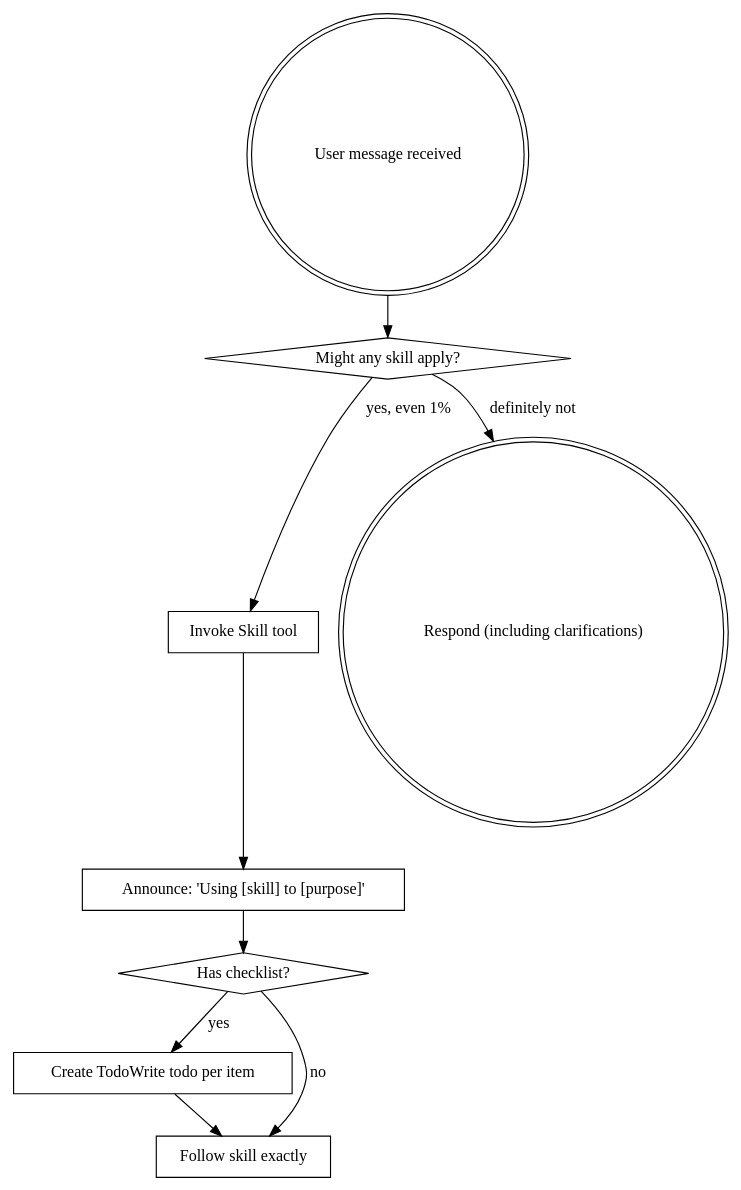
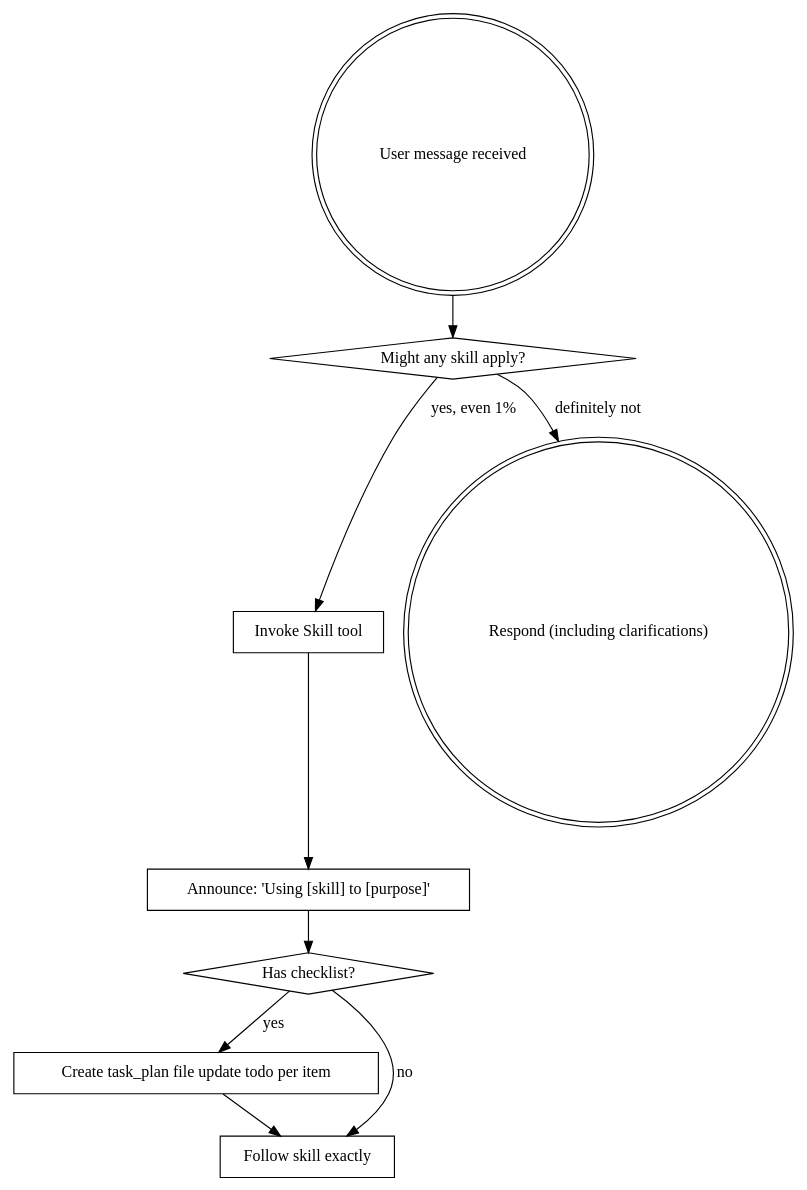
The diagram in task-folder/agents/skills/using-superpowers/SKILL.md (REVREBEL/skills-rebuild), drawn with Graphviz before and after one commit. The commit also changed other lines of this file and 357 other files, not shown here.

````diff
--- a/task-folder/agents/skills/using-superpowers/SKILL.md
+++ b/task-folder/agents/skills/using-superpowers/SKILL.md
@@ -29,21 +29,21 @@
 ```dot
 digraph skill_flow {
     "User message received" [shape=doublecircle];
     "Might any skill apply?" [shape=diamond];
     "Invoke Skill tool" [shape=box];
     "Announce: 'Using [skill] to [purpose]'" [shape=box];
     "Has checklist?" [shape=diamond];
-    "Create TodoWrite todo per item" [shape=box];
+    "Create task_plan file update todo per item" [shape=box];
     "Follow skill exactly" [shape=box];
     "Respond (including clarifications)" [shape=doublecircle];
 
     "User message received" -> "Might any skill apply?";
     "Might any skill apply?" -> "Invoke Skill tool" [label="yes, even 1%"];
     "Might any skill apply?" -> "Respond (including clarifications)" [label="definitely not"];
     "Invoke Skill tool" -> "Announce: 'Using [skill] to [purpose]'";
     "Announce: 'Using [skill] to [purpose]'" -> "Has checklist?";
-    "Has checklist?" -> "Create TodoWrite todo per item" [label="yes"];
+    "Has checklist?" -> "Create task_plan file update todo per item" [label="yes"];
     "Has checklist?" -> "Follow skill exactly" [label="no"];
-    "Create TodoWrite todo per item" -> "Follow skill exactly";
+    "Create task_plan file update todo per item" -> "Follow skill exactly";
 }
 ```
````
